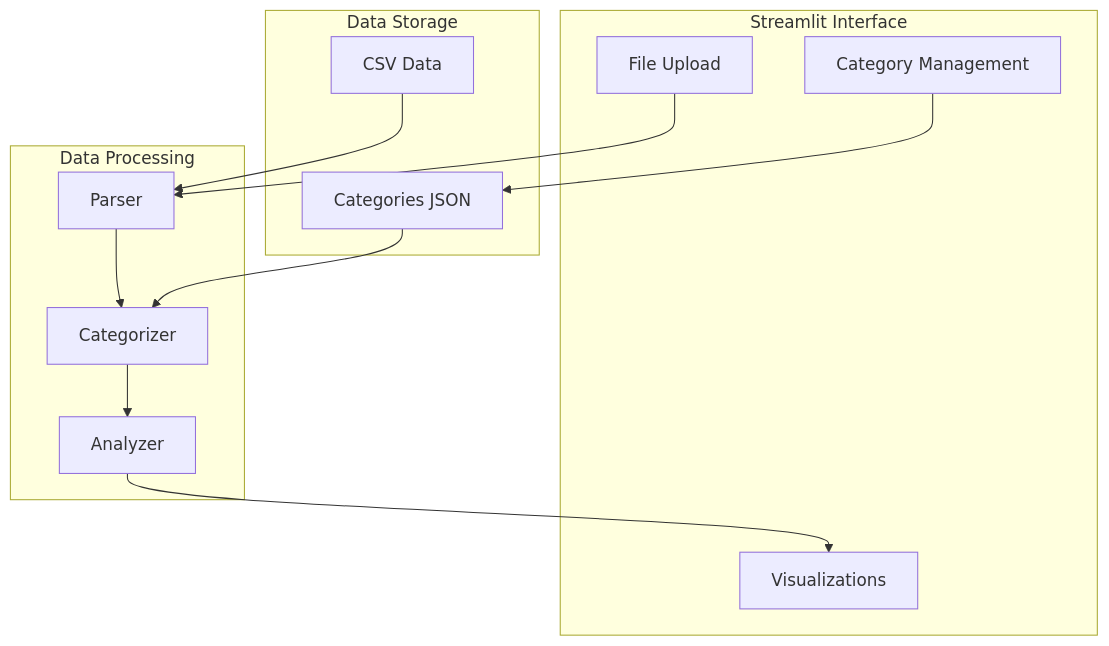
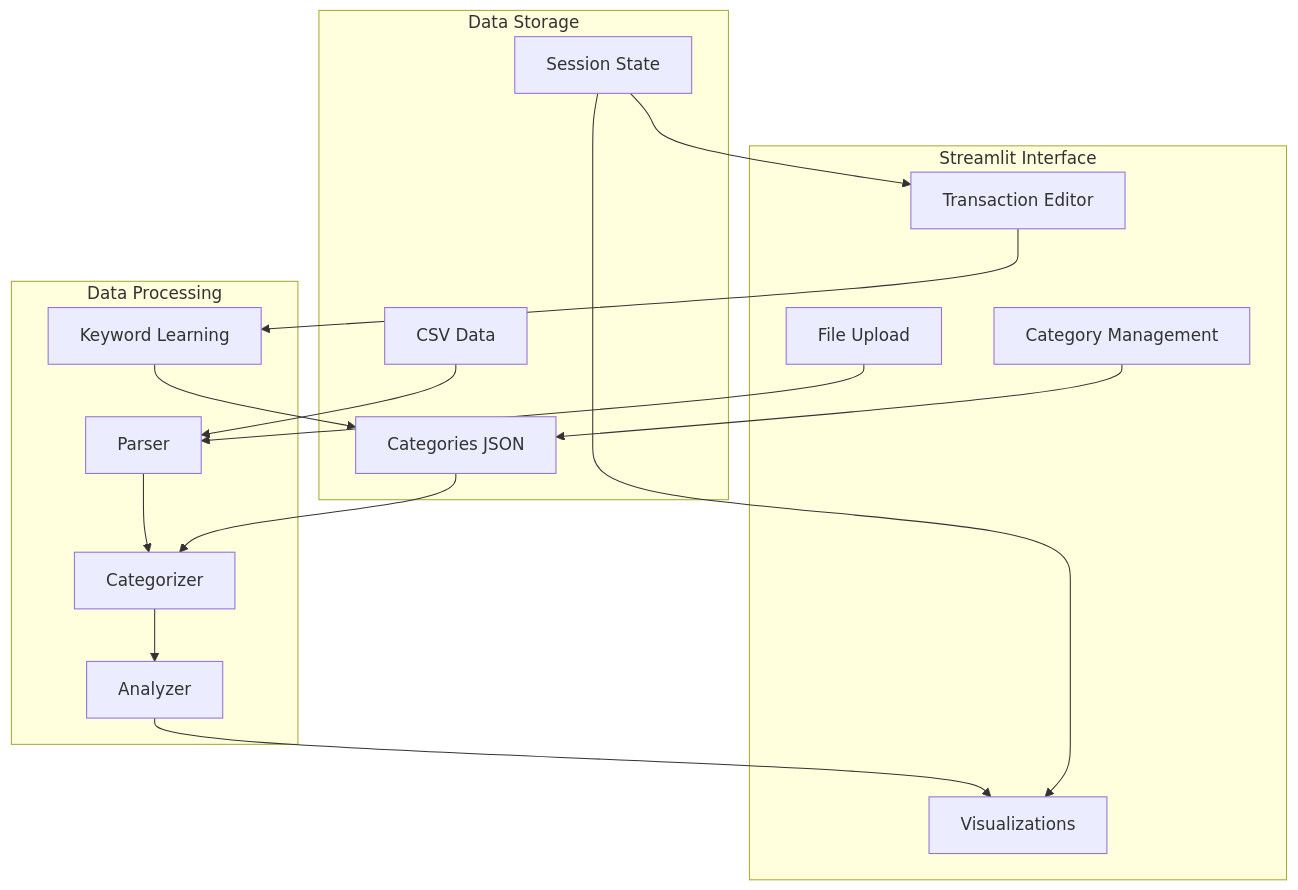
Before and after one commit to gjlp25/Finances: the first of 3 diagrams in memory-bank/systemPatterns.md, drawn with Mermaid. The commit also changed other lines of this file and 7 other files, not shown here.

````diff
--- a/memory-bank/systemPatterns.md
+++ b/memory-bank/systemPatterns.md
@@ -5,27 +5,34 @@
 ```mermaid
 flowchart TD
     subgraph UI[Streamlit Interface]
         F[File Upload]
         C[Category Management]
         V[Visualizations]
+        T[Transaction Editor]
     end
 
     subgraph Processing[Data Processing]
         P[Parser]
         Cat[Categorizer]
         A[Analyzer]
+        KL[Keyword Learning]
     end
 
     subgraph Storage[Data Storage]
         CF[Categories JSON]
         CS[CSV Data]
+        SS[Session State]
     end
 
     F --> P
     P --> Cat
     Cat --> A
     A --> V
     C --> CF
     CF --> Cat
     CS --> P
+    T --> KL
+    KL --> CF
+    SS --> T
+    SS --> V
 ```
````
